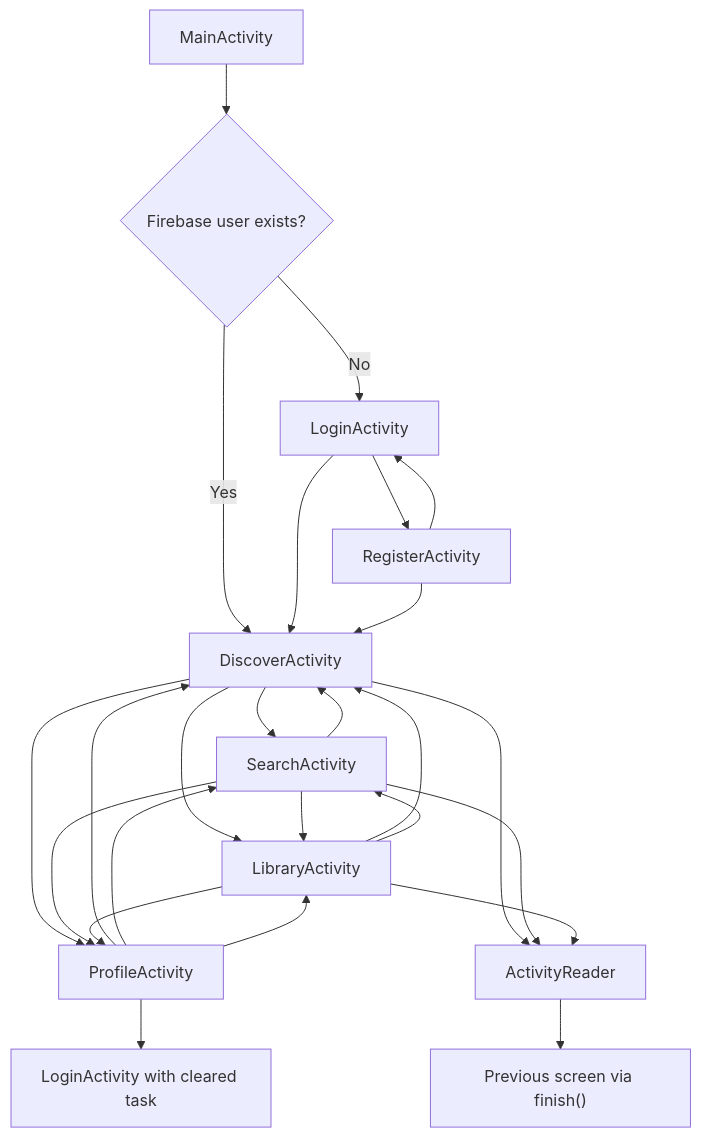
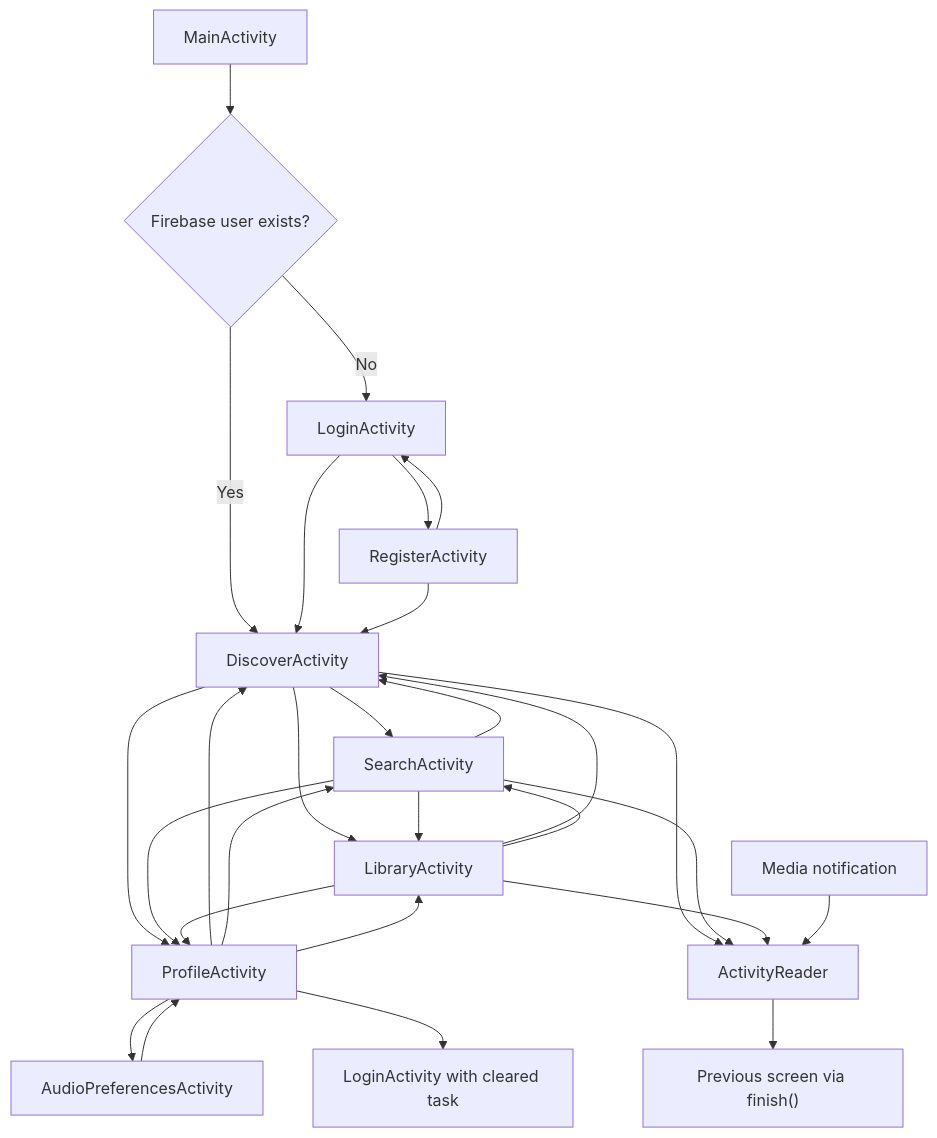
One commit to LeeVuKhang/Fonos_Group13 changed the ninth of 9 diagrams in README.md. Above: the diagram before and after it, drawn with Mermaid. The commit also changed other lines of this file, not shown here.

Commit message:
docs(readme): update audio preferences documentation

````diff
--- a/README.md
+++ b/README.md
@@ -821,27 +941,30 @@
 ```mermaid
 flowchart TD
     Launch["MainActivity"] --> AuthCheck{Firebase user exists?}
     AuthCheck -- No --> Login["LoginActivity"]
     AuthCheck -- Yes --> Discover["DiscoverActivity"]
     Login --> Register["RegisterActivity"]
     Register --> Login
     Login --> Discover
     Register --> Discover
     Discover --> Search["SearchActivity"]
     Discover --> Library["LibraryActivity"]
     Discover --> Profile["ProfileActivity"]
     Search --> Discover
     Search --> Library
     Search --> Profile
     Library --> Discover
     Library --> Search
     Library --> Profile
     Profile --> Discover
     Profile --> Search
     Profile --> Library
+    Profile --> AudioPrefs["AudioPreferencesActivity"]
+    AudioPrefs --> Profile
     Discover --> Reader["ActivityReader"]
     Search --> Reader
     Library --> Reader
+    Notification["Media notification"] --> Reader
     Reader --> Previous["Previous screen via finish()"]
     Profile --> LoginAfterLogout["LoginActivity with cleared task"]
 ```
````
